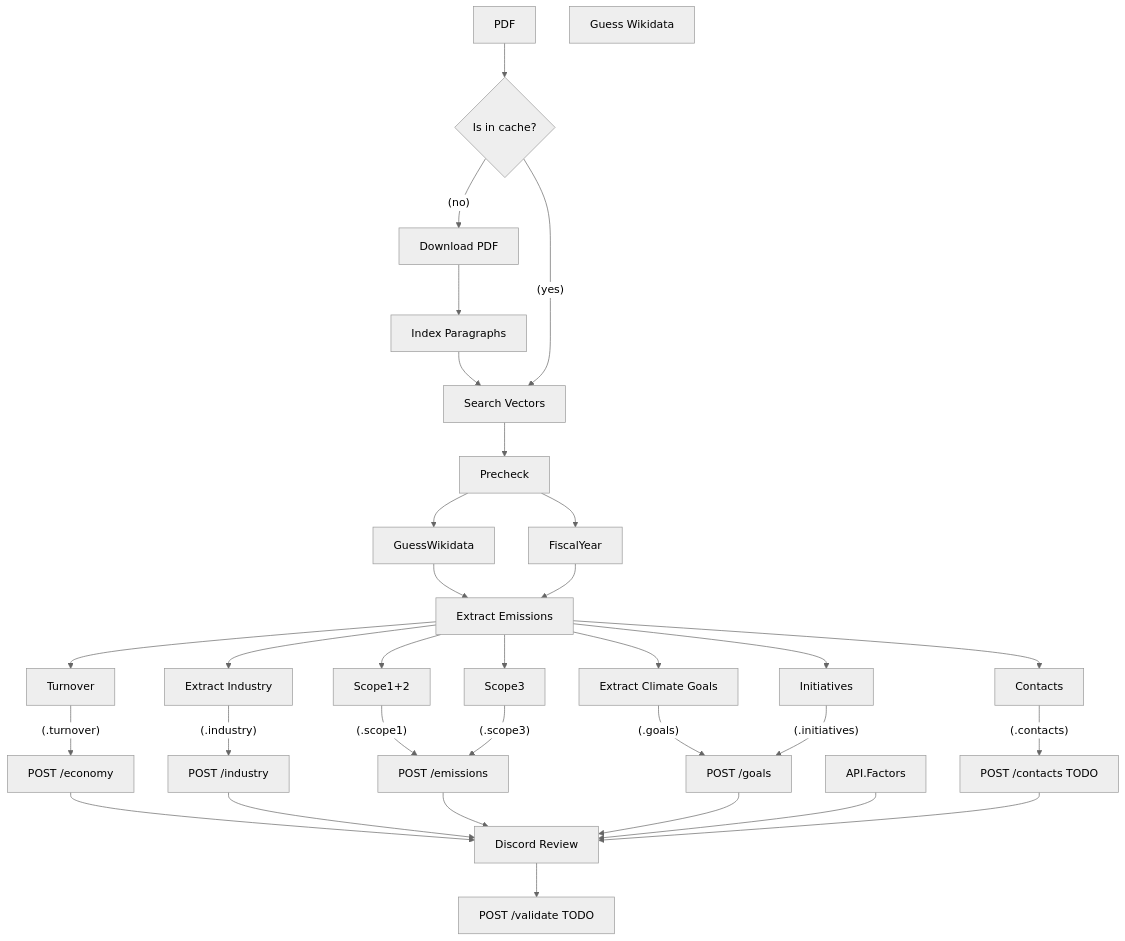
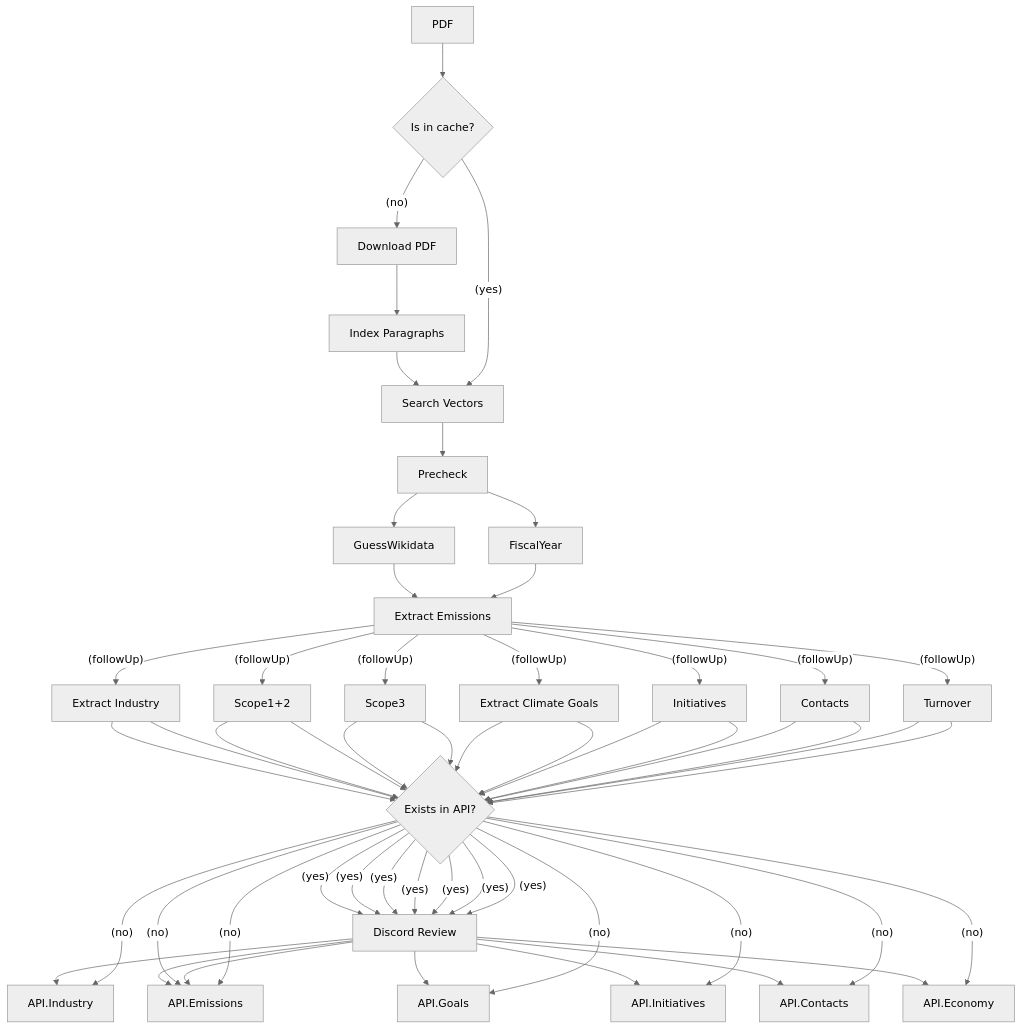
Before and after one commit to Klimatbyran/garbo: the diagram in README.md, drawn with Mermaid (neutral theme). The commit also changed 19 other files, not shown here.

````diff
--- a/README.md
+++ b/README.md
@@ -19,46 +19,39 @@
 ```mermaid
 flowchart TB
 
     PDF[PDF]
     Cache{Is in cache?}
     Download[Download PDF]
     Index[Index Paragraphs]
     Search[Search Vectors]
     Emissions[Extract Emissions]
-    Wikidata[Guess Wikidata]
-
-    API.Economy[POST /economy]
-    API.Industry[POST /industry]
-    API.Emissions[POST /emissions]
-    API.Goals[POST /goals]
-    API.Contacts[POST /contacts TODO]
-    API.Review[POST /validate TODO]
 
     Industry[Extract Industry]
     Goals[Extract Climate Goals]
     Review[Discord Review]
 
     Precheck --> GuessWikidata --> Emissions
     Precheck --> FiscalYear --> Emissions
 
     PDF --> Cache --(no)--> Download --> Index --> Search --> Precheck
 
     Cache --(yes)--> Search
 
-    Emissions --> Industry --(.industry)--> API.Industry
-    Emissions --> Scope1+2 --(.scope1)--> API.Emissions
-    Emissions --> Scope3 --(.scope3)--> API.Emissions
-    Emissions --> Goals --(.goals)--> API.Goals
-    Emissions --> Initiatives --(.initiatives)--> API.Goals
-    Emissions --> Contacts --(.contacts)--> API.Contacts
-    Emissions --> Turnover --(.turnover)--> API.Economy
+    CheckDb{Exists in API?}
 
-    API.Economy --> Review
-    API.Industry --> Review
-    API.Emissions --> Review
-    API.Goals --> Review
-    API.Factors --> Review
-    API.Contacts --> Review
+    Emissions --(followUp)--> Industry --> CheckDb --(yes)--> Review --> API.Industry
+                              Industry --> CheckDb --(no)--> API.Industry
+    Emissions --(followUp)--> Scope1+2 --> CheckDb --(yes)--> Review --> API.Emissions
+                              Scope1+2 --> CheckDb --(no)--> API.Emissions
+    Emissions --(followUp)--> Scope3 --> CheckDb --(yes)--> Review --> API.Emissions
+                              Scope3 --> CheckDb --(no)--> API.Emissions
+    Emissions --(followUp)--> Goals --> CheckDb --(yes)--> Review --> API.Goals
+                              Goals --> CheckDb --(no)--> API.Goals
+    Emissions --(followUp)--> Initiatives --> CheckDb --(yes)--> Review --> API.Initiatives
+                              Initiatives --> CheckDb --(no)--> API.Initiatives
+    Emissions --(followUp)--> Contacts --> CheckDb --(yes)--> Review --> API.Contacts
+                              Contacts --> CheckDb --(no)--> API.Contacts
+    Emissions --(followUp)--> Turnover --> CheckDb --(yes)--> Review --> API.Economy
+                              Turnover --> CheckDb --(no)--> API.Economy
 
-    Review --> API.Review
 ```
````
